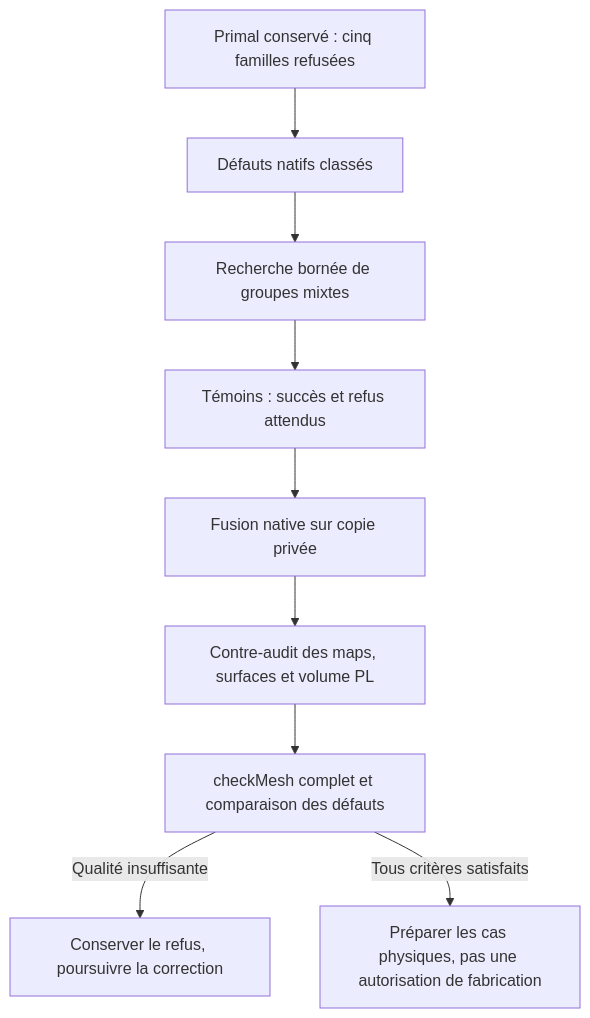
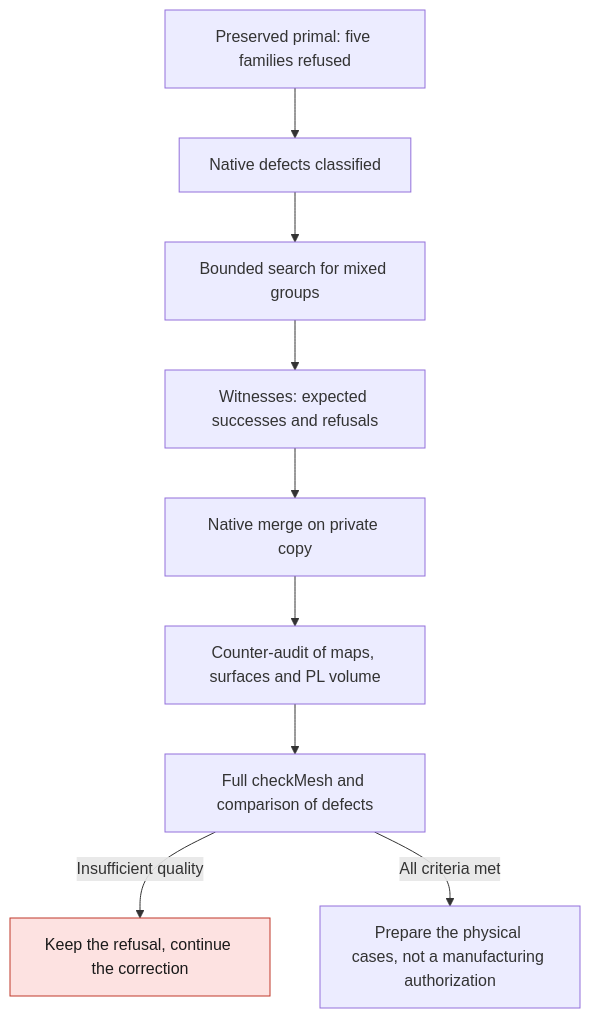
One commit to cluster2600/porscheparts changed the diagram in docs/reports/M64_MIXED_CELL_CORRECTION_20260909.md. Above: the diagram before and after it, drawn with Mermaid. The commit also changed other lines of this file and 228 other files, not shown here.

````diff
--- a/docs/reports/M64_MIXED_CELL_CORRECTION_20260909.md
+++ b/docs/reports/M64_MIXED_CELL_CORRECTION_20260909.md
@@ -75,11 +74,13 @@
 ```mermaid
 flowchart TD
-    A["Primal conservé : cinq familles refusées"] --> B["Défauts natifs classés"]
-    B --> C["Recherche bornée de groupes mixtes"]
-    C --> D["Témoins : succès et refus attendus"]
-    D --> E["Fusion native sur copie privée"]
-    E --> F["Contre-audit des maps, surfaces et volume PL"]
-    F --> G["checkMesh complet et comparaison des défauts"]
-    G -->|"Qualité insuffisante"| H["Conserver le refus, poursuivre la correction"]
-    G -->|"Tous critères satisfaits"| I["Préparer les cas physiques, pas une autorisation de fabrication"]
+    A["Preserved primal: five families refused"] --> B["Native defects classified"]
+    B --> C["Bounded search for mixed groups"]
+    C --> D["Witnesses: expected successes and refusals"]
+    D --> E["Native merge on private copy"]
+    E --> F["Counter-audit of maps, surfaces and PL volume"]
+    F --> G["Full checkMesh and comparison of defects"]
+    G -->|"Insufficient quality"| H["Keep the refusal, continue the correction"]
+    G -->|"All criteria met"| I["Prepare the physical cases, not a manufacturing authorization"]
+    classDef stop fill:#fde2e1,stroke:#c0392b,color:#1a1a1a;
+    class H stop;
 ```
````
